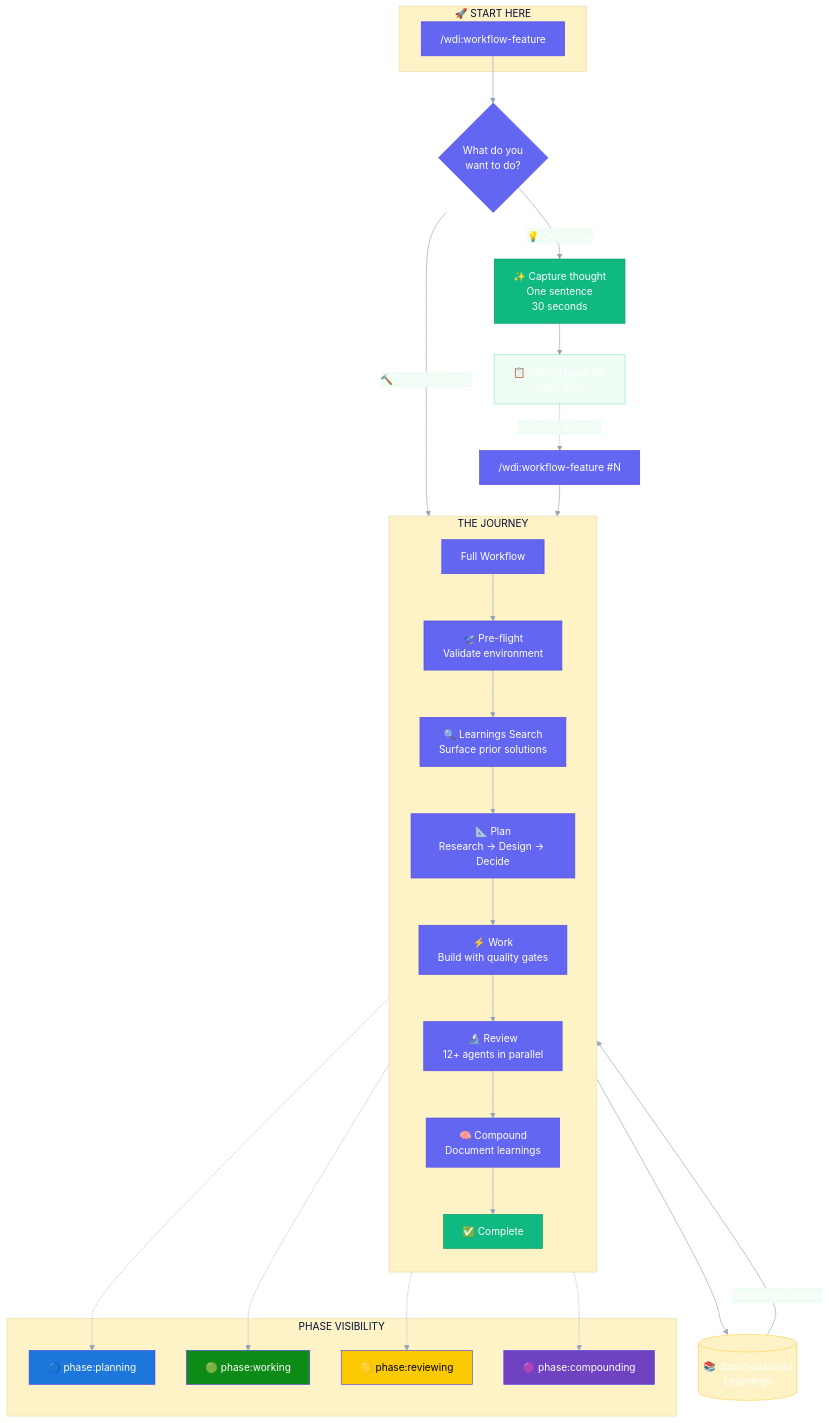
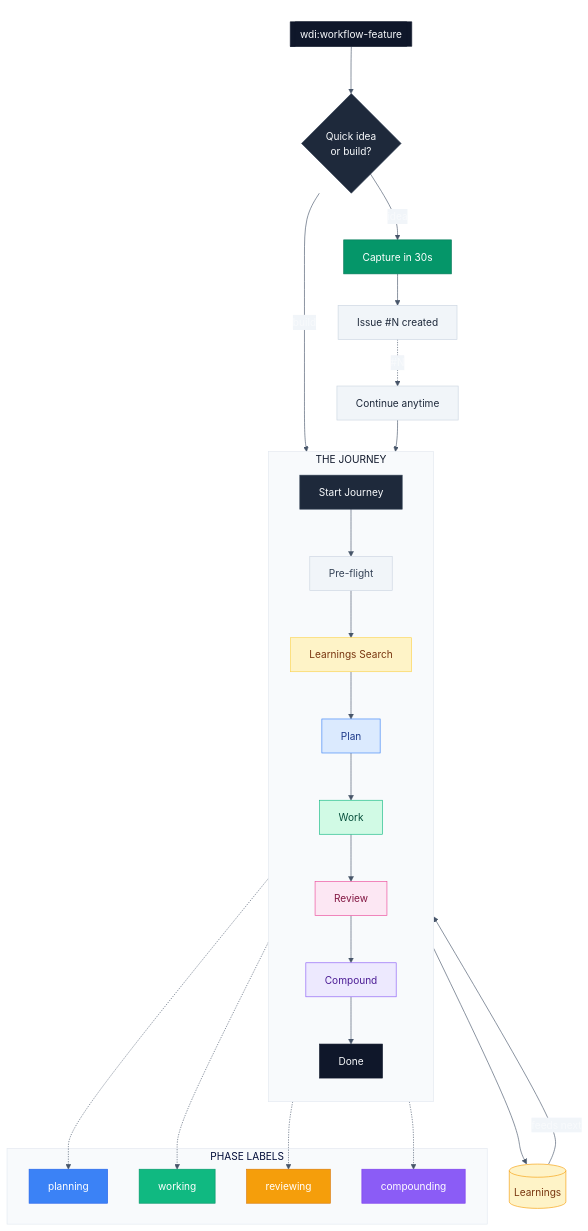
Before and after one commit to whitedoeinn/dev-plugins-workflow: the first of 7 diagrams in docs/workflows/feature-workflow-diagram.md, drawn with Mermaid. The commit also changed other lines of this file, not shown here.

First line of the commit message:
style: Refine Mermaid diagrams with cohesive design system

````diff
--- a/docs/workflows/feature-workflow-diagram.md
+++ b/docs/workflows/feature-workflow-diagram.md
@@ -7,52 +7,64 @@
 ```mermaid
-%%{init: {'theme': 'base', 'themeVariables': { 'primaryColor': '#6366f1', 'primaryTextColor': '#fff', 'primaryBorderColor': '#4f46e5', 'lineColor': '#94a3b8', 'secondaryColor': '#f0fdf4', 'tertiaryColor': '#fef3c7'}}}%%
+%%{init: {'theme': 'base', 'themeVariables': { 'primaryColor': '#0f172a', 'primaryTextColor': '#f8fafc', 'primaryBorderColor': '#334155', 'lineColor': '#475569', 'secondaryColor': '#f1f5f9', 'tertiaryColor': '#fef3c7', 'fontFamily': 'ui-monospace, monospace'}}}%%
 flowchart TB
-    subgraph entry ["🚀 START HERE"]
-        cmd["/wdi:workflow-feature"]
+    subgraph entry [" "]
+        cmd[["wdi:workflow-feature"]]
     end
 
-    cmd --> choice{"What do you<br/>want to do?"}
+    cmd --> choice{"Quick idea<br/>or build?"}
 
-    choice -->|"💡 Quick idea"| quick["✨ Capture thought<br/>One sentence<br/>30 seconds"]
-    choice -->|"🔨 Build something"| full["Full Workflow"]
+    choice -->|"idea"| quick["Capture in 30s"]
+    choice -->|"build"| full["Start Journey"]
 
-    quick --> issue["📋 GitHub Issue #N<br/>label: idea"]
-    issue -.->|"Continue anytime"| continue["/wdi:workflow-feature #N"]
+    quick --> issue["Issue #N created"]
+    issue -.->|"#N"| continue["Continue anytime"]
     continue --> full
 
-    subgraph workflow ["THE JOURNEY"]
+    subgraph workflow ["  THE JOURNEY  "]
         direction TB
-        full --> preflight["🛫 Pre-flight<br/>Validate environment"]
-        preflight --> search["🔍 Learnings Search<br/>Surface prior solutions"]
-        search --> plan["📐 Plan<br/>Research → Design → Decide"]
-        plan --> work["⚡ Work<br/>Build with quality gates"]
-        work --> review["🔬 Review<br/>12+ agents in parallel"]
-        review --> compound["🧠 Compound<br/>Document learnings"]
-        compound --> done["✅ Complete"]
+        full --> preflight["Pre-flight"]
+        preflight --> search["Learnings Search"]
+        search --> plan["Plan"]
+        plan --> work["Work"]
+        work --> review["Review"]
+        review --> compound["Compound"]
+        compound --> done["Done"]
     end
 
-    subgraph labels ["PHASE VISIBILITY"]
-        l1["🔵 phase:planning"]
-        l2["🟢 phase:working"]
-        l3["🟡 phase:reviewing"]
-        l4["🟣 phase:compounding"]
+    subgraph labels ["  PHASE LABELS  "]
+        l1["planning"]
+        l2["working"]
+        l3["reviewing"]
+        l4["compounding"]
     end
 
     plan -.-> l1
     work -.-> l2
     review -.-> l3
     compound -.-> l4
 
-    done --> solutions[("📚 docs/solutions/<br/>Learnings")]
-    solutions -->|"Feeds next session"| search
+    done --> solutions[("Learnings")]
+    solutions -->|"feeds next"| search
 
-    style cmd fill:#6366f1,stroke:#4f46e5,color:#fff
-    style quick fill:#10b981,stroke:#059669,color:#fff
-    style issue fill:#f0fdf4,stroke:#86efac
-    style done fill:#10b981,stroke:#059669,color:#fff
-    style solutions fill:#fef3c7,stroke:#fcd34d
-    style l1 fill:#1D76DB,color:#fff
-    style l2 fill:#0E8A16,color:#fff
-    style l3 fill:#FBCA04,color:#000
-    style l4 fill:#6F42C1,color:#fff
+    style entry fill:none,stroke:none
+    style cmd fill:#0f172a,stroke:#0f172a,color:#f8fafc
+    style choice fill:#1e293b,stroke:#334155,color:#f8fafc
+    style quick fill:#059669,stroke:#047857,color:#fff
+    style issue fill:#f1f5f9,stroke:#cbd5e1,color:#1e293b
+    style continue fill:#f1f5f9,stroke:#cbd5e1,color:#1e293b
+    style full fill:#1e293b,stroke:#334155,color:#f8fafc
+    style workflow fill:#f8fafc,stroke:#e2e8f0,color:#0f172a
+    style preflight fill:#f1f5f9,stroke:#cbd5e1,color:#334155
+    style search fill:#fef3c7,stroke:#fcd34d,color:#78350f
+    style plan fill:#dbeafe,stroke:#3b82f6,color:#1e3a8a
+    style work fill:#d1fae5,stroke:#10b981,color:#064e3b
+    style review fill:#fce7f3,stroke:#ec4899,color:#831843
+    style compound fill:#ede9fe,stroke:#8b5cf6,color:#4c1d95
+    style done fill:#0f172a,stroke:#0f172a,color:#f8fafc
+    style labels fill:#f8fafc,stroke:#e2e8f0
+    style l1 fill:#3b82f6,stroke:#2563eb,color:#fff
+    style l2 fill:#10b981,stroke:#059669,color:#fff
+    style l3 fill:#f59e0b,stroke:#d97706,color:#fff
+    style l4 fill:#8b5cf6,stroke:#7c3aed,color:#fff
+    style solutions fill:#fef3c7,stroke:#f59e0b,color:#78350f
 ```
````
